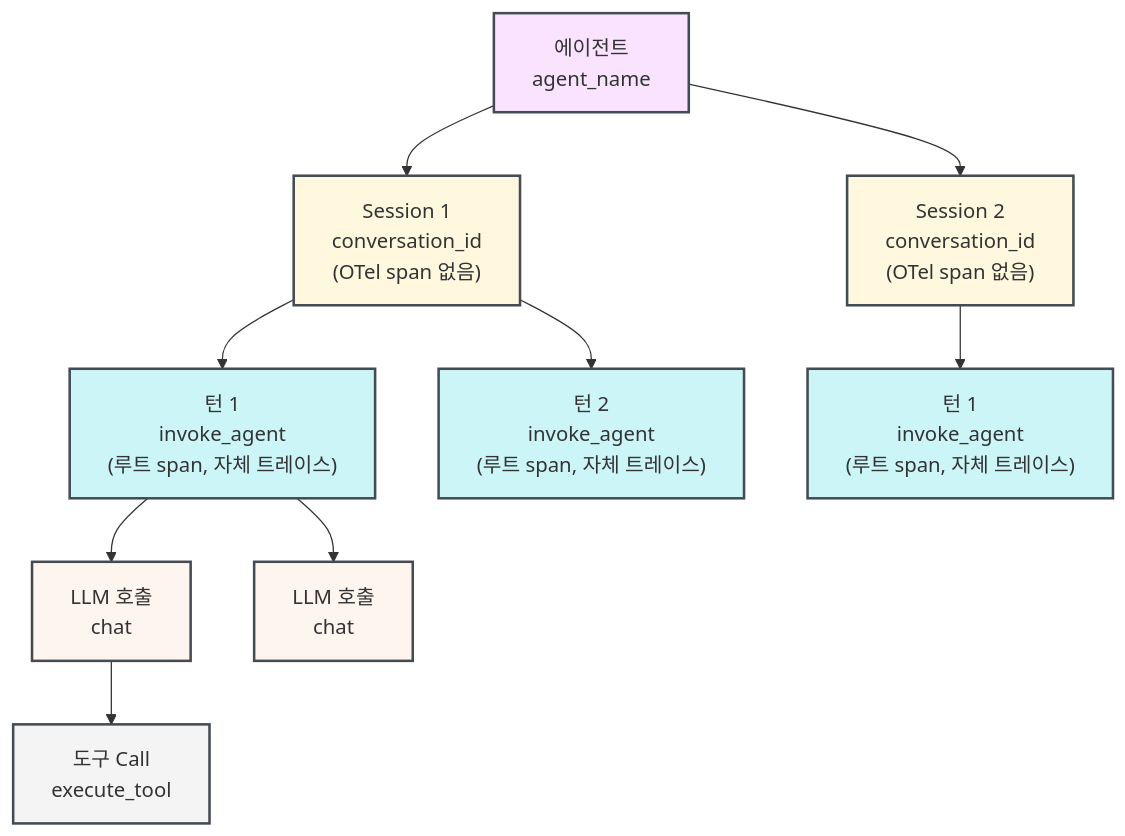
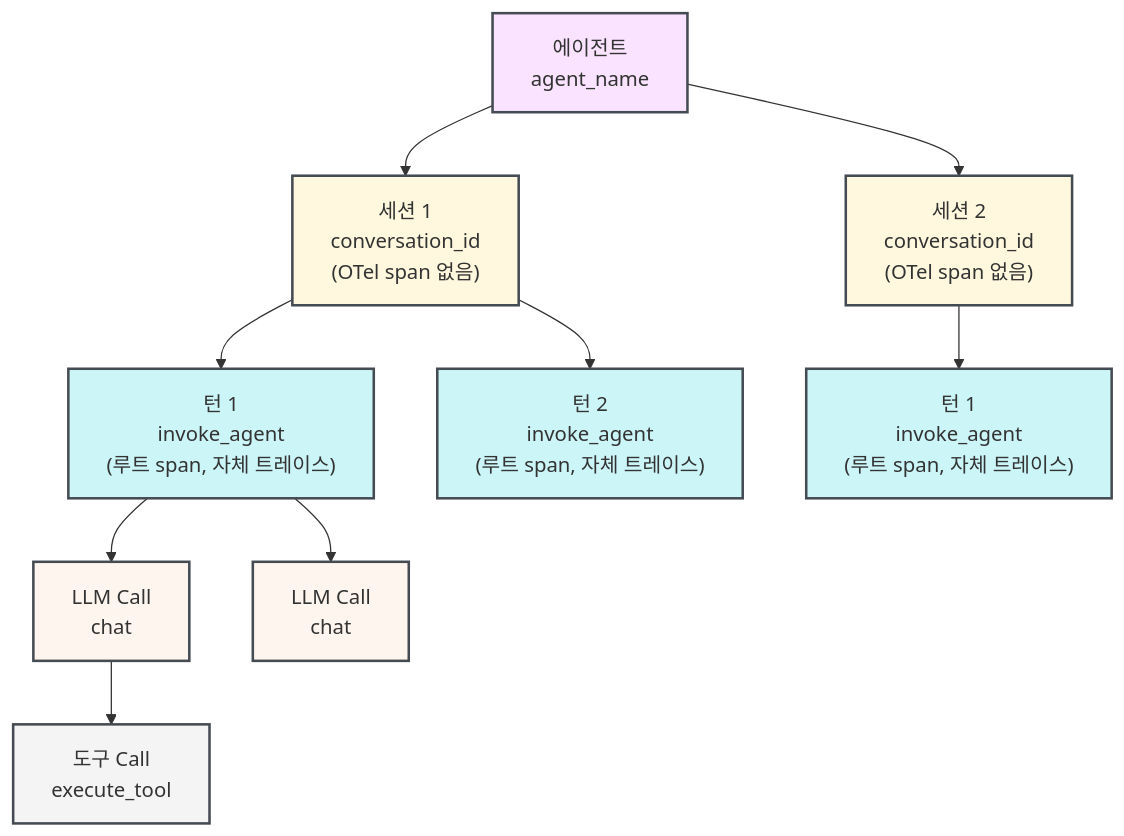
The diagram in ko/weave/guides/tracking/trace-agents.mdx (wandb/docs), drawn with Mermaid before and after one commit. The commit also changed other lines of this file and 417 other files, not shown here.

````diff
--- a/ko/weave/guides/tracking/trace-agents.mdx
+++ b/ko/weave/guides/tracking/trace-agents.mdx
@@ -74,34 +73,34 @@
 ```mermaid
 flowchart TB
     Agent["에이전트<br/>agent_name"]
 
     Agent --> S1 & S2
 
-    S1["Session 1<br/>conversation_id<br/>(OTel span 없음)"]
-    S2["Session 2<br/>conversation_id<br/>(OTel span 없음)"]
+    S1["세션 1<br/>conversation_id<br/>(OTel span 없음)"]
+    S2["세션 2<br/>conversation_id<br/>(OTel span 없음)"]
 
     S1 --> T1 & T2
     S2 --> T3
 
     T1["턴 1<br/>invoke_agent<br/>(루트 span, 자체 트레이스)"]
     T2["턴 2<br/>invoke_agent<br/>(루트 span, 자체 트레이스)"]
     T3["턴 1<br/>invoke_agent<br/>(루트 span, 자체 트레이스)"]
 
     T1 --> L1 & L2
-    L1["LLM 호출<br/>chat"]
-    L2["LLM 호출<br/>chat"]
+    L1["LLM Call<br/>chat"]
+    L2["LLM Call<br/>chat"]
 
     L1 --> Tool1["도구 Call<br/>execute_tool"]
 
     classDef agent fill:#DE72FF33,stroke:#454B52,stroke-width:2px
     classDef session fill:#FFD95C33,stroke:#454B52,stroke-width:2px
     classDef turn fill:#00CDDB33,stroke:#454B52,stroke-width:2px
     classDef llm fill:#FFCBAD33,stroke:#454B52,stroke-width:2px
     classDef tool fill:#f4f4f5,stroke:#454B52,stroke-width:2px
 
     class Agent agent
     class S1,S2 session
     class T1,T2,T3 turn
     class L1,L2 llm
     class Tool1 tool
 ```
````
